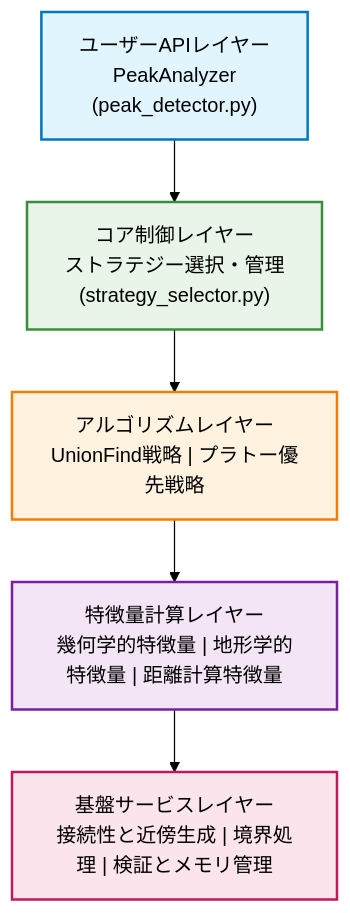
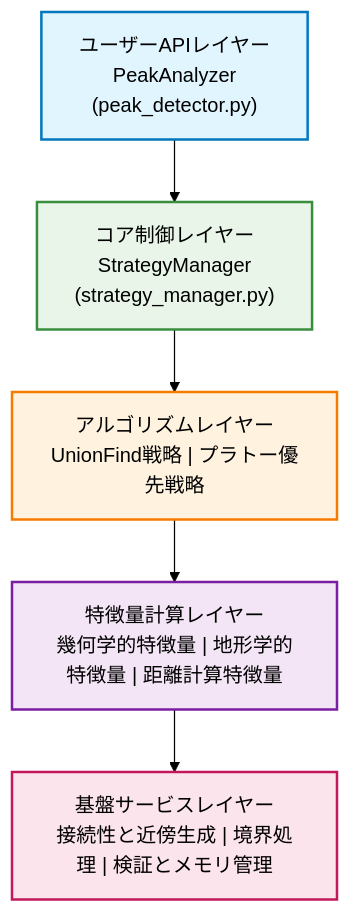
The first of 2 diagrams in docs/architecture/architecture_ja.md (kshingent/peak-analyzer), drawn with Mermaid (forest theme) before and after one commit. The commit also changed 4 other files, not shown here.

First line of the commit message:
refactor: unify StrategyManager selection logic and update docs

````diff
--- a/docs/architecture/architecture_ja.md
+++ b/docs/architecture/architecture_ja.md
@@ -9,19 +9,19 @@
 ```mermaid
 flowchart TD
-    A["ユーザーAPIレイヤー<br/>PeakAnalyzer<br/>(peak_detector.py)"] --> B["コア制御レイヤー<br/>ストラテジー選択・管理<br/>(strategy_selector.py)"]
+    A["ユーザーAPIレイヤー<br/>PeakAnalyzer<br/>(peak_detector.py)"] --> B["コア制御レイヤー<br/>StrategyManager<br/>(strategy_manager.py)"]
     B --> C["アルゴリズムレイヤー<br/>UnionFind戦略 | プラトー優先戦略"]
     C --> D["特徴量計算レイヤー<br/>幾何学的特徴量 | 地形学的特徴量 | 距離計算特徴量"]
     D --> E["基盤サービスレイヤー<br/>接続性と近傍生成 | 境界処理 | 検証とメモリ管理"]
     
     classDef apiLayer fill:#e1f5fe,stroke:#0277bd,stroke-width:2px
     classDef coreLayer fill:#e8f5e8,stroke:#388e3c,stroke-width:2px
     classDef algorithmLayer fill:#fff3e0,stroke:#f57c00,stroke-width:2px
     classDef featureLayer fill:#f3e5f5,stroke:#7b1fa2,stroke-width:2px
     classDef foundationLayer fill:#fce4ec,stroke:#c2185b,stroke-width:2px
     
     class A apiLayer
     class B coreLayer
     class C algorithmLayer
     class D featureLayer
     class E foundationLayer
 ```
````
